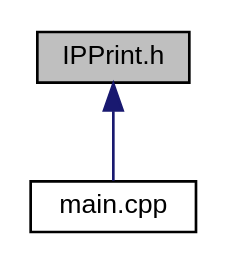
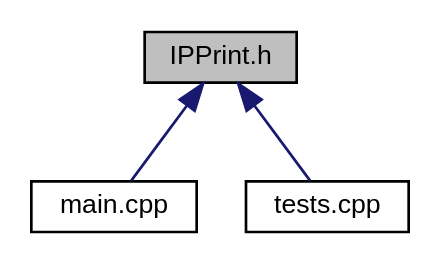
The diagram in _i_p_print_8h__dep__incl.dot (Nik3991/Nik3991.github.io), drawn with Graphviz before and after one commit. The commit also changed 4 other files, not shown here.

```diff
--- a/_i_p_print_8h__dep__incl.dot
+++ b/_i_p_print_8h__dep__incl.dot
@@ -1,8 +1,10 @@
 digraph "IPPrint.h"
 {
   edge [fontname="Helvetica",fontsize="10",labelfontname="Helvetica",labelfontsize="10"];
   node [fontname="Helvetica",fontsize="10",shape=record];
   Node1 [label="IPPrint.h",height=0.2,width=0.4,color="black", fillcolor="grey75", style="filled", fontcolor="black"];
   Node1 -> Node2 [dir="back",color="midnightblue",fontsize="10",style="solid",fontname="Helvetica"];
   Node2 [label="main.cpp",height=0.2,width=0.4,color="black", fillcolor="white", style="filled",URL="$main_8cpp.html"];
+  Node1 -> Node3 [dir="back",color="midnightblue",fontsize="10",style="solid",fontname="Helvetica"];
+  Node3 [label="tests.cpp",height=0.2,width=0.4,color="black", fillcolor="white", style="filled",URL="$tests_8cpp.html"];
 }
```
